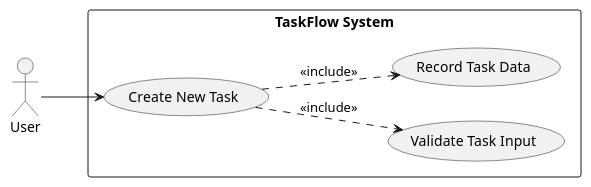
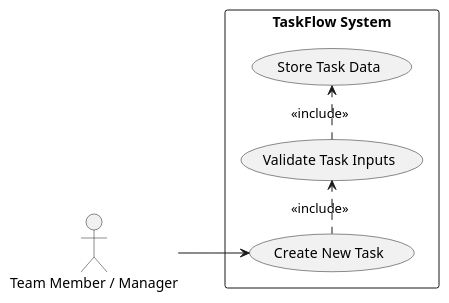
Before and after one commit to Chaman532003/framework: the third of 9 diagrams in artifacts/spec/spec.md, drawn with PlantUML. The commit also changed other lines of this file, not shown here.

````diff
--- a/artifacts/spec/spec.md
+++ b/artifacts/spec/spec.md
@@ -321,18 +325,18 @@
 ```plantuml
 @startuml
 left to right direction
 skinparam packageStyle rectangle
 
-actor User
+actor "Team Member / Manager" as User
 
 rectangle "TaskFlow System" {
   usecase (Create New Task) as UC3
-  usecase (Validate Task Input) as UC_ValidateTask
-  usecase (Record Task Data) as UC_RecordTask
+  usecase (Validate Task Inputs) as UC3_1
+  usecase (Store Task Data) as UC3_2
 }
 
 User --> UC3
-UC3 ..> UC_ValidateTask : <<include>>
-UC3 ..> UC_RecordTask : <<include>>
+UC3 .> UC3_1 : <<include>>
+UC3_1 .> UC3_2 : <<include>>
 @enduml
 ```
````
